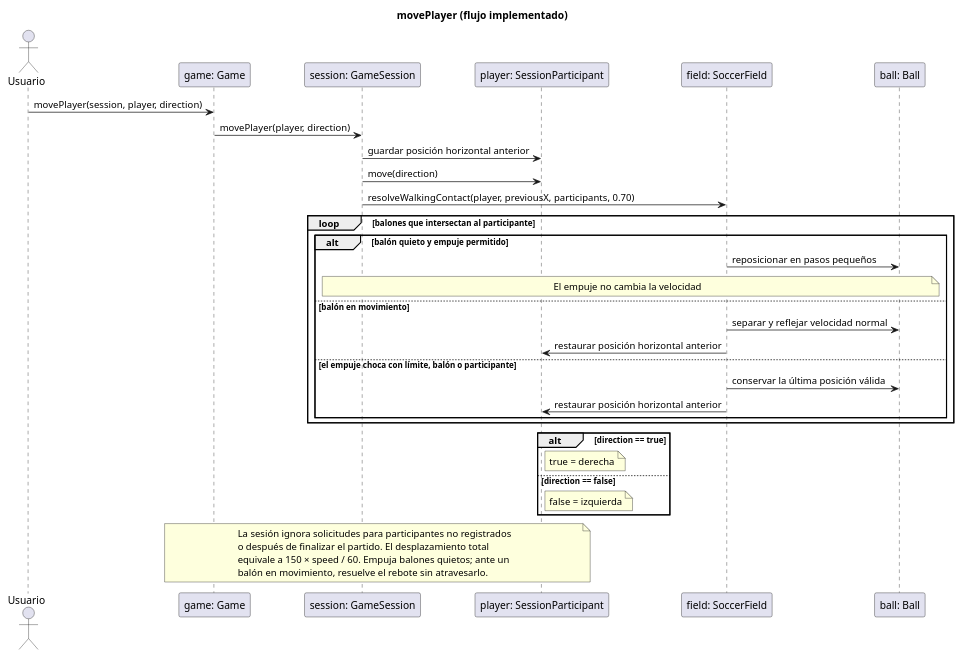
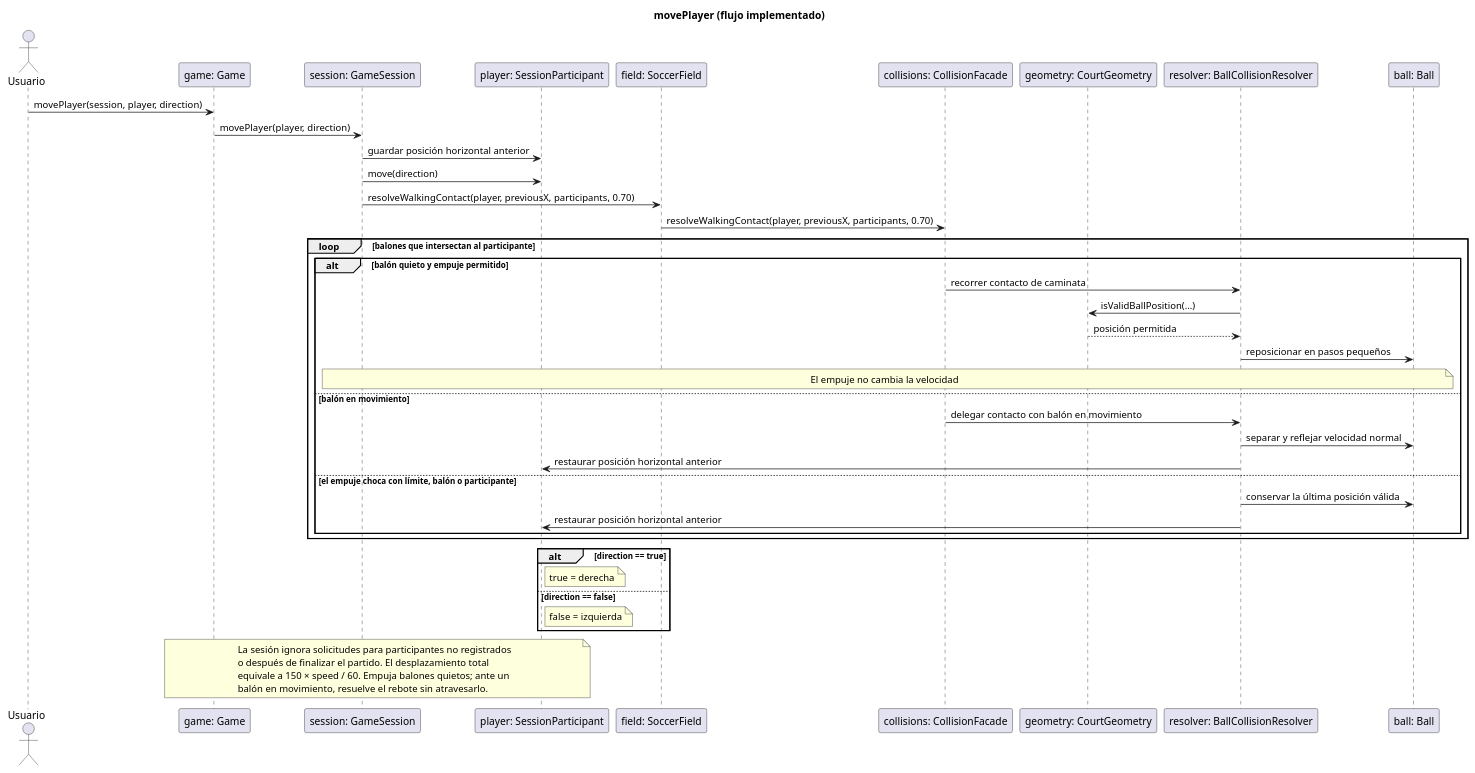
The third of 9 diagrams in docs/uml/domain-sequences.puml (PaglkG/ProyectoFinal-Dopo), drawn with PlantUML before and after one commit. The commit also changed other lines of this file and 56 other files, not shown here.

```diff
--- a/docs/uml/domain-sequences.puml
+++ b/docs/uml/domain-sequences.puml
@@ -24,37 +24,45 @@
 @startuml
 title movePlayer (flujo implementado)
 actor Usuario
 participant "game: Game" as G
 participant "session: GameSession" as S
 participant "player: SessionParticipant" as P
 participant "field: SoccerField" as F
+participant "collisions: CollisionFacade" as C
+participant "geometry: CourtGeometry" as CG
+participant "resolver: BallCollisionResolver" as BR
 participant "ball: Ball" as B
 Usuario -> G: movePlayer(session, player, direction)
 G -> S: movePlayer(player, direction)
 S -> P: guardar posición horizontal anterior
 S -> P: move(direction)
 S -> F: resolveWalkingContact(player, previousX, participants, 0.70)
+F -> C: resolveWalkingContact(player, previousX, participants, 0.70)
 loop balones que intersectan al participante
   alt balón quieto y empuje permitido
-    F -> B: reposicionar en pasos pequeños
+    C -> BR: recorrer contacto de caminata
+    BR -> CG: isValidBallPosition(...)
+    CG --> BR: posición permitida
+    BR -> B: reposicionar en pasos pequeños
     note over S,B: El empuje no cambia la velocidad
   else balón en movimiento
-    F -> B: separar y reflejar velocidad normal
-    F -> P: restaurar posición horizontal anterior
+    C -> BR: delegar contacto con balón en movimiento
+    BR -> B: separar y reflejar velocidad normal
+    BR -> P: restaurar posición horizontal anterior
   else el empuje choca con límite, balón o participante
-    F -> B: conservar la última posición válida
-    F -> P: restaurar posición horizontal anterior
+    BR -> B: conservar la última posición válida
+    BR -> P: restaurar posición horizontal anterior
   end
 end
 alt direction == true
   note right of P: true = derecha
 else direction == false
   note right of P: false = izquierda
 end
 note over G,P
   La sesión ignora solicitudes para participantes no registrados
   o después de finalizar el partido. El desplazamiento total
   equivale a 150 × speed / 60. Empuja balones quietos; ante un
   balón en movimiento, resuelve el rebote sin atravesarlo.
 end note
 @enduml
```
